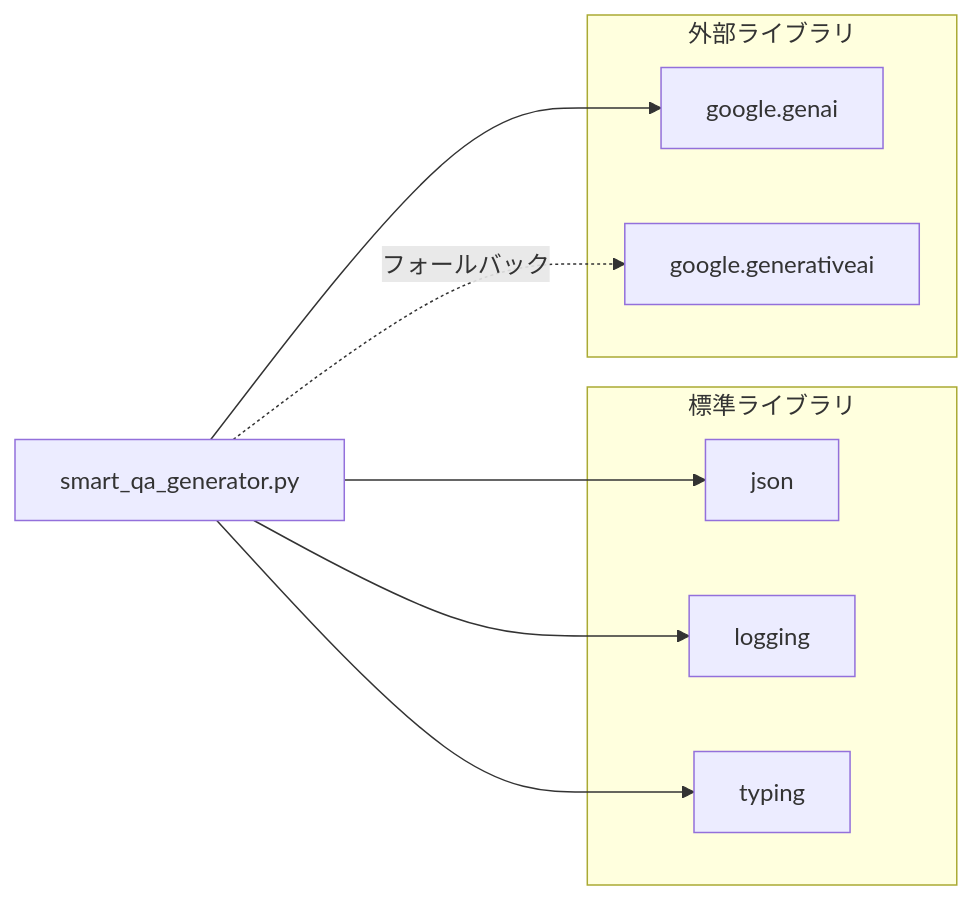
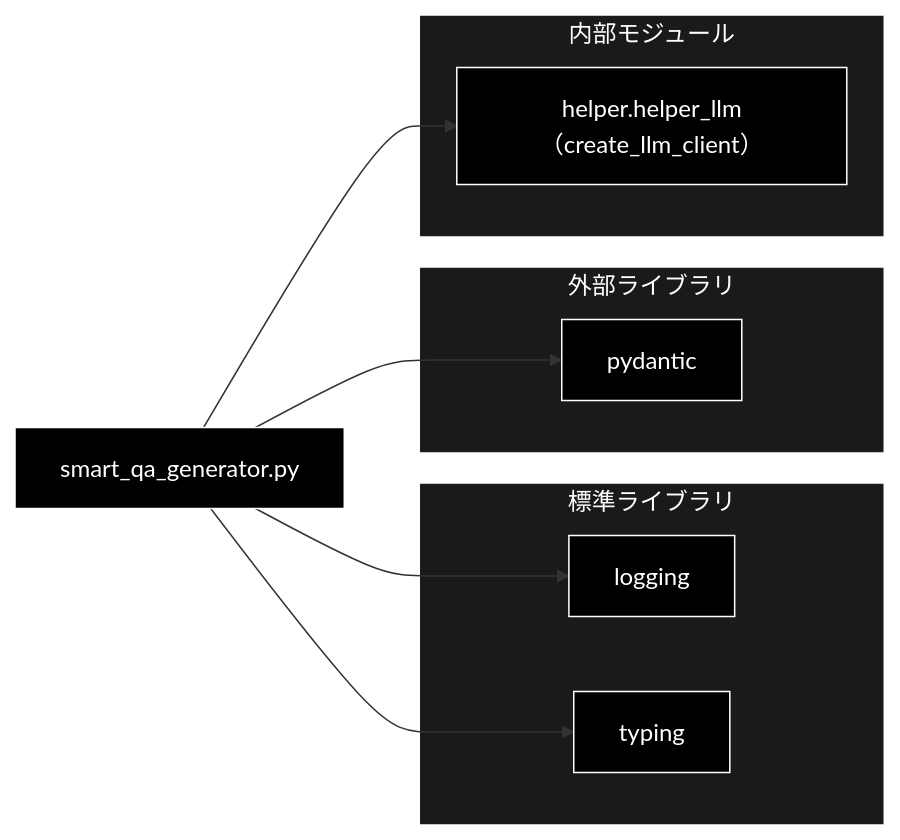
The sixth of 8 diagrams in qa_qdrant/docs/make_qa_qapipeline.md (nakashima2toshio/grace_v2), drawn with Mermaid before and after one commit. The commit also changed other lines of this file and 11 other files, not shown here.

````diff
--- a/qa_qdrant/docs/make_qa_qapipeline.md
+++ b/qa_qdrant/docs/make_qa_qapipeline.md
@@ -847,21 +856,28 @@
 ```mermaid
 flowchart LR
     SMART_GEN[smart_qa_generator.py]
 
     subgraph STDLIB["標準ライブラリ"]
-        JSON[json]
         LOGGING[logging]
         TYPING[typing]
     end
 
     subgraph EXTERNAL["外部ライブラリ"]
-        GENAI_NEW[google.genai]
-        GENAI_OLD[google.generativeai]
+        PYDANTIC[pydantic]
     end
 
-    SMART_GEN --> JSON
+    subgraph INTERNAL["内部モジュール"]
+        HELPER_LLM["helper.helper_llm（create_llm_client）"]
+    end
+
     SMART_GEN --> LOGGING
     SMART_GEN --> TYPING
-    SMART_GEN --> GENAI_NEW
-    SMART_GEN -.->|フォールバック| GENAI_OLD
+    SMART_GEN --> PYDANTIC
+    SMART_GEN --> HELPER_LLM
+classDef default fill:#000,stroke:#fff,color:#fff
+classDef subgraphStyle fill:#1a1a1a,stroke:#fff,color:#fff
+class SMART_GEN,LOGGING,TYPING,PYDANTIC,HELPER_LLM default
+style STDLIB fill:#1a1a1a,stroke:#fff,color:#fff
+style EXTERNAL fill:#1a1a1a,stroke:#fff,color:#fff
+style INTERNAL fill:#1a1a1a,stroke:#fff,color:#fff
 ```
````
